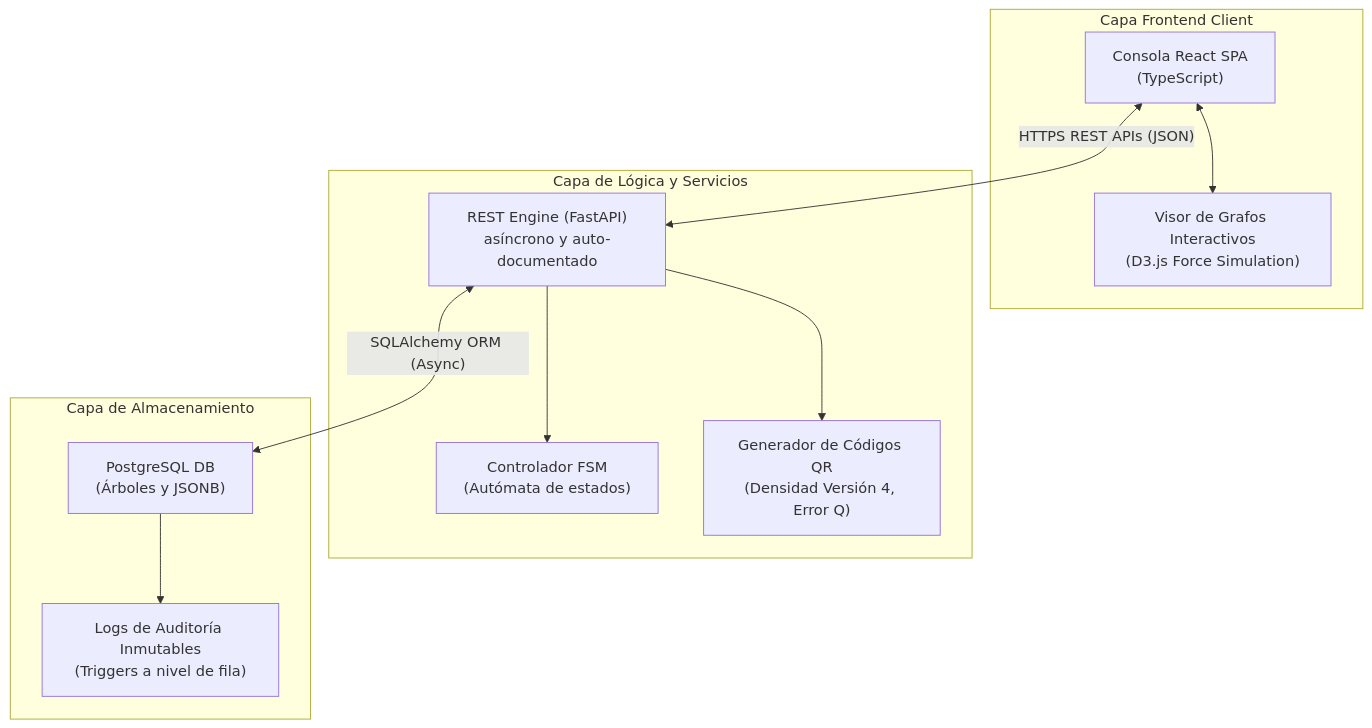
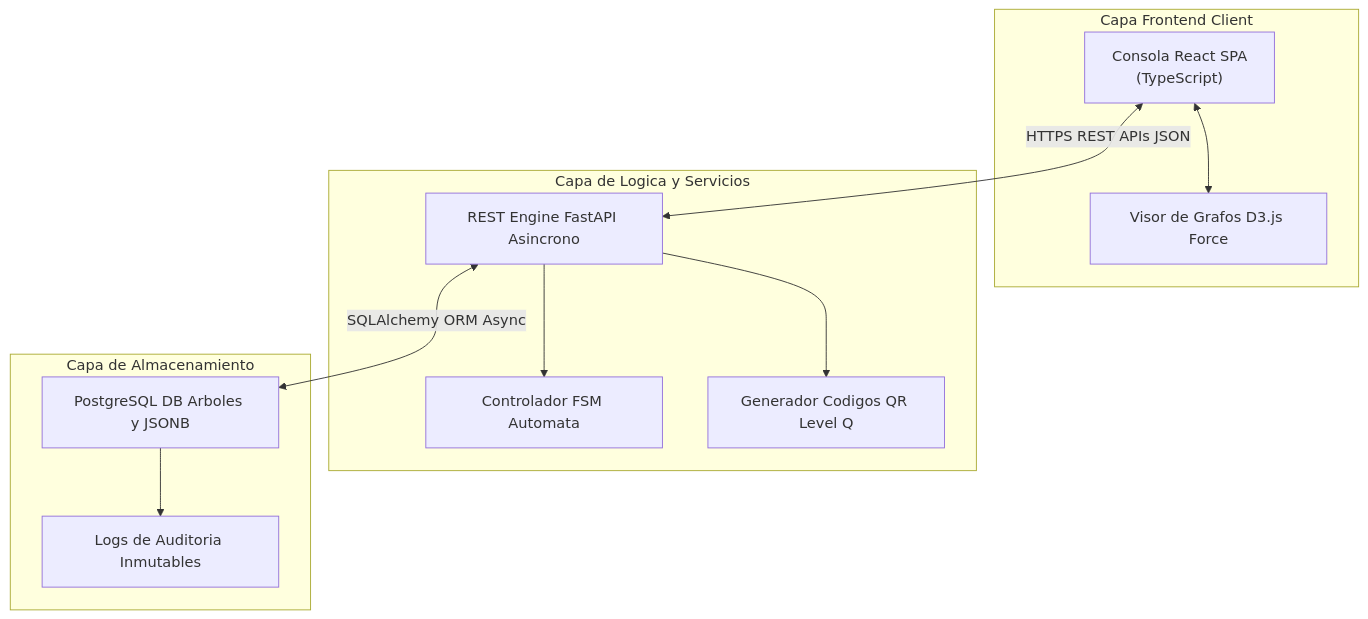
One commit to 4R13L-D3NY5/archi-vite changed the fourth of 16 diagrams in informe_final_proyecto_grado.md. Above: the diagram before and after it, drawn with Mermaid. The commit also changed other lines of this file and 49 other files, not shown here.

````diff
--- a/informe_final_proyecto_grado.md
+++ b/informe_final_proyecto_grado.md
@@ -577,26 +386,25 @@
 ```mermaid
 graph TD
     subgraph FRONTEND_LAYER [Capa Frontend Client]
         UI["Consola React SPA<br>(TypeScript)"]
-        D3["Visor de Grafos Interactivos<br>(D3.js Force Simulation)"]
+        D3["Visor de Grafos D3.js Force"]
         UI <--> D3
     end
 
-    subgraph API_GATEWAY_LAYER [Capa de Lógica y Servicios]
-        API["REST Engine (FastAPI)<br>asíncrono y auto-documentado"]
-        FSM["Controlador FSM<br>(Autómata de estados)"]
-        QR["Generador de Códigos QR<br>(Densidad Versión 4, Error Q)"]
+    subgraph API_GATEWAY_LAYER [Capa de Logica y Servicios]
+        API["REST Engine FastAPI Asincrono"]
+        FSM["Controlador FSM Automata"]
+        QR["Generador Codigos QR Level Q"]
         API --> FSM
         API --> QR
     end
 
     subgraph PERSISTENCE_LAYER [Capa de Almacenamiento]
-        DB["PostgreSQL DB<br>(Árboles y JSONB)"]
-        AUD["Logs de Auditoría Inmutables<br>(Triggers a nivel de fila)"]
+        DB["PostgreSQL DB Arboles y JSONB"]
+        AUD["Logs de Auditoria Inmutables"]
         DB --> AUD
     end
 
-    %% Flujos de comunicación
-    UI <-->|"HTTPS REST APIs (JSON)"| API
-    API <-->|"SQLAlchemy ORM (Async)"| DB
+    UI <-->|"HTTPS REST APIs JSON"| API
+    API <-->|"SQLAlchemy ORM Async"| DB
 ```
````
